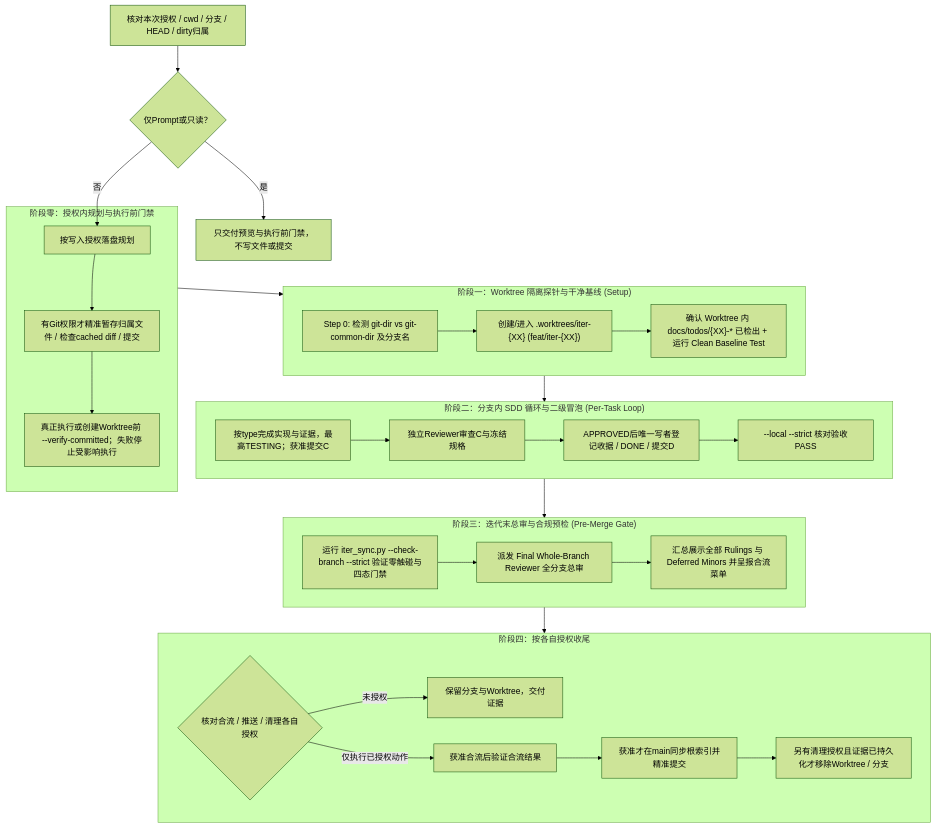
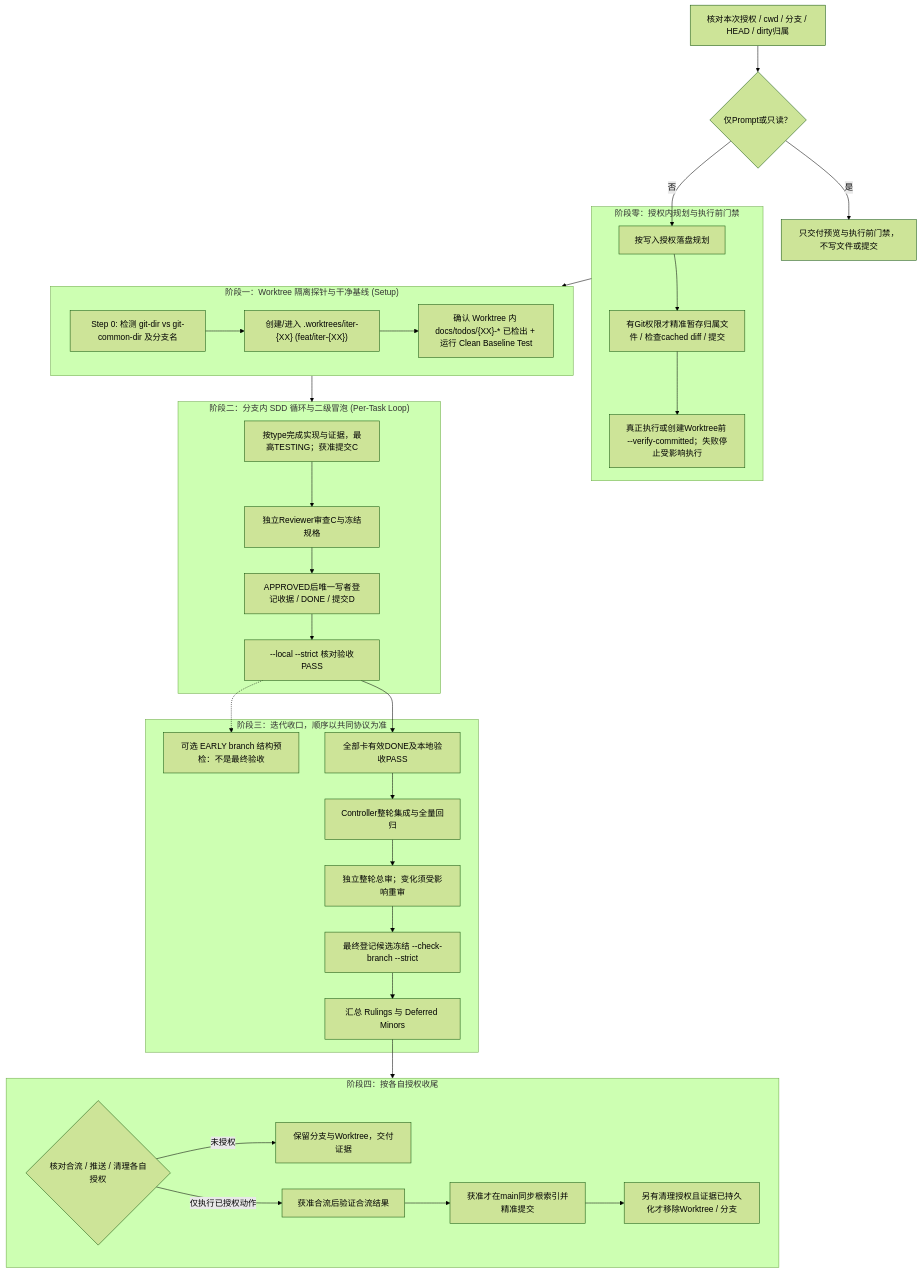
The diagram in references/worktree_git_contract.md (uoyeraohw/iteration-manager), drawn with Mermaid (forest theme) before and after one commit. The commit also changed other lines of this file and 57 other files, not shown here.

````diff
--- a/references/worktree_git_contract.md
+++ b/references/worktree_git_contract.md
@@ -51,35 +51,41 @@
 ```mermaid
 flowchart TD
     A["核对本次授权 / cwd / 分支 / HEAD / dirty归属"] --> Q{"仅Prompt或只读？"}
     Q -->|是| Preview["只交付预览与执行前门禁，不写文件或提交"]
     Q -->|否| G1
     subgraph Phase0 ["阶段零：授权内规划与执行前门禁"]
         G1["按写入授权落盘规划"] --> G2["有Git权限才精准暂存归属文件 / 检查cached diff / 提交"]
         G2 --> G3["真正执行或创建Worktree前 --verify-committed；失败停止受影响执行"]
     end
 
     subgraph Phase1 ["阶段一：Worktree 隔离探针与干净基线 (Setup)"]
         P1["Step 0: 检测 git-dir vs git-common-dir 及分支名"] --> P2["创建/进入 .worktrees/iter-{XX} (feat/iter-{XX})"]
         P2 --> P3["确认 Worktree 内 docs/todos/{XX}-* 已检出 + 运行 Clean Baseline Test"]
     end
 
     subgraph Phase2 ["阶段二：分支内 SDD 循环与二级冒泡 (Per-Task Loop)"]
         T1["按type完成实现与证据，最高TESTING；获准提交C"] --> T2["独立Reviewer审查C与冻结规格"]
         T2 --> T3["APPROVED后唯一写者登记收据 / DONE / 提交D"]
         T3 --> T4["--local --strict 核对验收PASS"]
     end
 
-    subgraph Phase3 ["阶段三：迭代末总审与合规预检 (Pre-Merge Gate)"]
-        F1["运行 iter_sync.py --check-branch --strict 验证零触碰与四态门禁"] --> F2["派发 Final Whole-Branch Reviewer 全分支总审"]
-        F2 --> F3["汇总展示全部 Rulings 与 Deferred Minors 并呈报合流菜单"]
+    subgraph Phase3 ["阶段三：迭代收口，顺序以共同协议为准"]
+        E["可选 EARLY branch 结构预检：不是最终验收"]
+        F0["全部卡有效DONE及本地验收PASS"] --> F1["Controller整轮集成与全量回归"]
+        F1 --> F2["独立整轮总审；变化须受影响重审"]
+        F2 --> F3["最终登记候选冻结 --check-branch --strict"]
+        F3 --> F4["汇总 Rulings 与 Deferred Minors"]
     end
 
     subgraph Phase4 ["阶段四：按各自授权收尾"]
         M0{"核对合流 / 推送 / 清理各自授权"} -->|未授权| Keep["保留分支与Worktree，交付证据"]
         M0 -->|仅执行已授权动作| M1["获准合流后验证合流结果"]
         M1 --> M2["获准才在main同步根索引并精准提交"]
         M2 --> M3["另有清理授权且证据已持久化才移除Worktree / 分支"]
     end
 
-    Phase0 --> Phase1 --> Phase2 --> Phase3 --> Phase4
+    Phase0 --> Phase1 --> Phase2
+    T4 -.-> E
+    T4 --> F0
+    F4 --> Phase4
 ```
````
